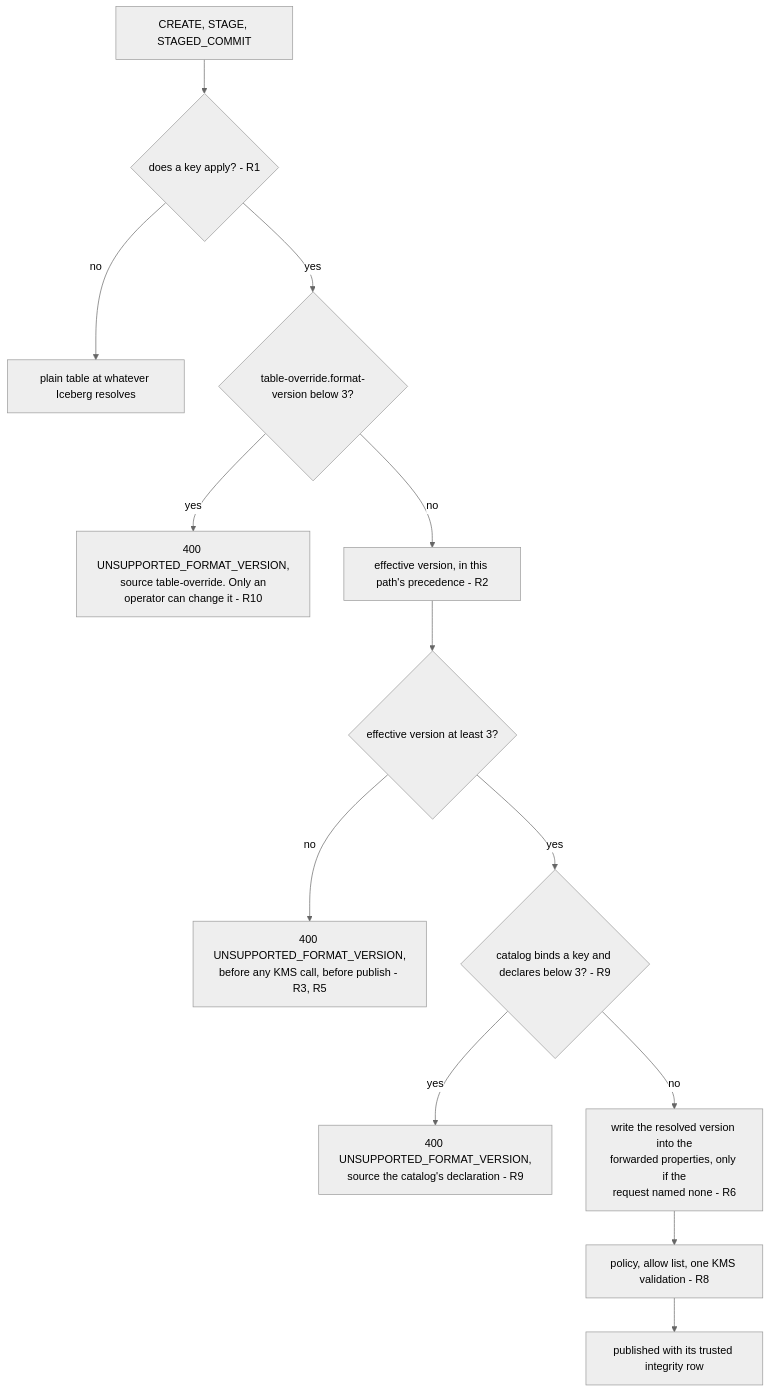
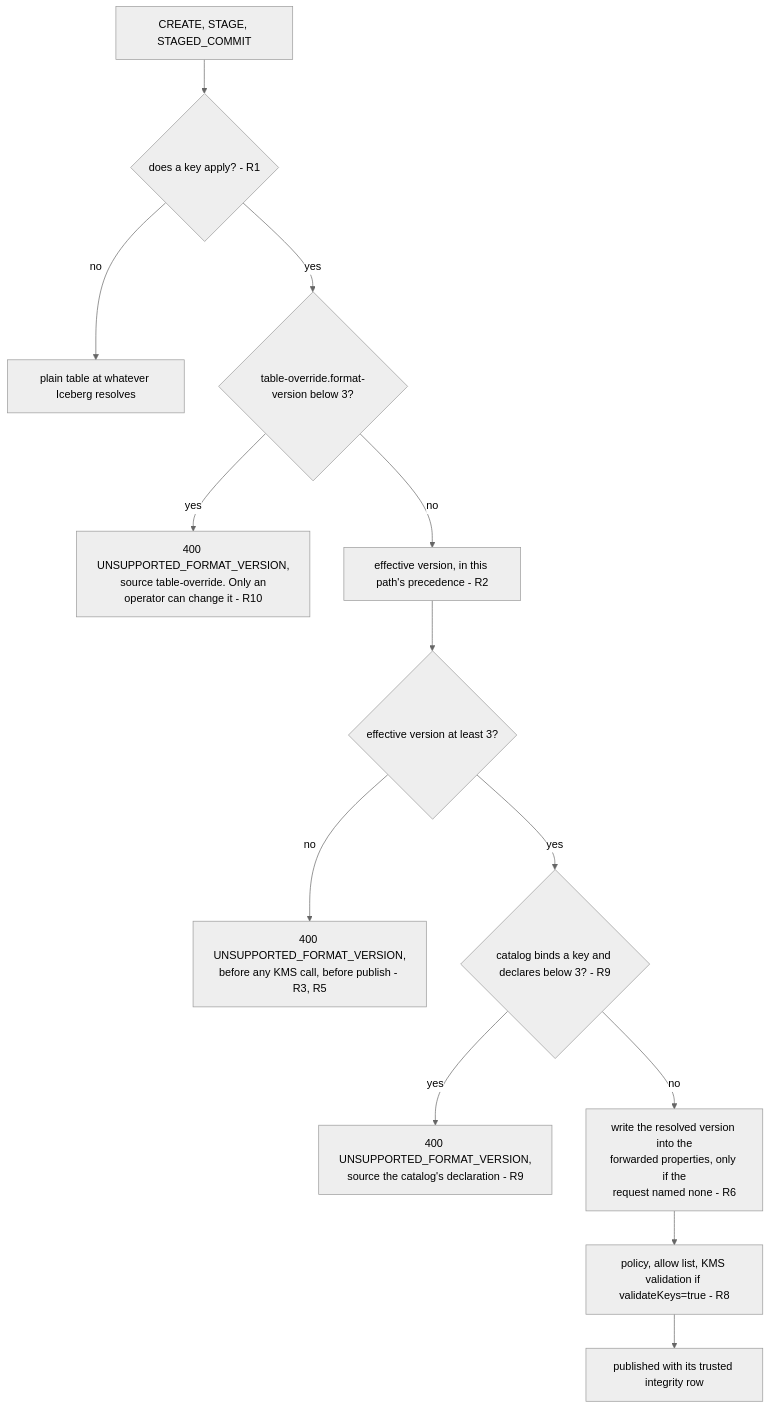
The second of 3 diagrams in design-docs/iceberg-table-encryption/metadata-integrity/SPIP-encryption-format-version.md (danhuawang/gravitino), drawn with Mermaid (neutral theme) before and after one commit. The commit also changed other lines of this file and 22 other files, not shown here.

First line of the commit message:
[Cherry-pick to branch-1.3] [#2179] feat(encryption): make server-side KMS key validation opt-in (#2240)

````diff
--- a/design-docs/iceberg-table-encryption/metadata-integrity/SPIP-encryption-format-version.md
+++ b/design-docs/iceberg-table-encryption/metadata-integrity/SPIP-encryption-format-version.md
@@ -350,15 +350,15 @@
 ```mermaid
 flowchart TD
   req["CREATE, STAGE, STAGED_COMMIT"] --> key{"does a key apply? - R1"}
   key -->|no| plain["plain table at whatever Iceberg resolves"]
   key -->|yes| pin{"table-override.format-version below 3?"}
   pin -->|yes| deny10["400 UNSUPPORTED_FORMAT_VERSION,<br/>source table-override. Only an<br/>operator can change it - R10"]
   pin -->|no| eff["effective version, in this path's precedence - R2"]
   eff --> ge3{"effective version at least 3?"}
   ge3 -->|no| deny["400 UNSUPPORTED_FORMAT_VERSION,<br/>before any KMS call, before publish - R3, R5"]
   ge3 -->|yes| bind{"catalog binds a key and declares below 3? - R9"}
   bind -->|yes| deny9["400 UNSUPPORTED_FORMAT_VERSION,<br/>source the catalog's declaration - R9"]
   bind -->|no| write["write the resolved version into the<br/>forwarded properties, only if the<br/>request named none - R6"]
-  write --> checks["policy, allow list, one KMS validation - R8"]
+  write --> checks["policy, allow list, KMS validation if validateKeys=true - R8"]
   checks --> pub["published with its trusted integrity row"]
 ```
````
